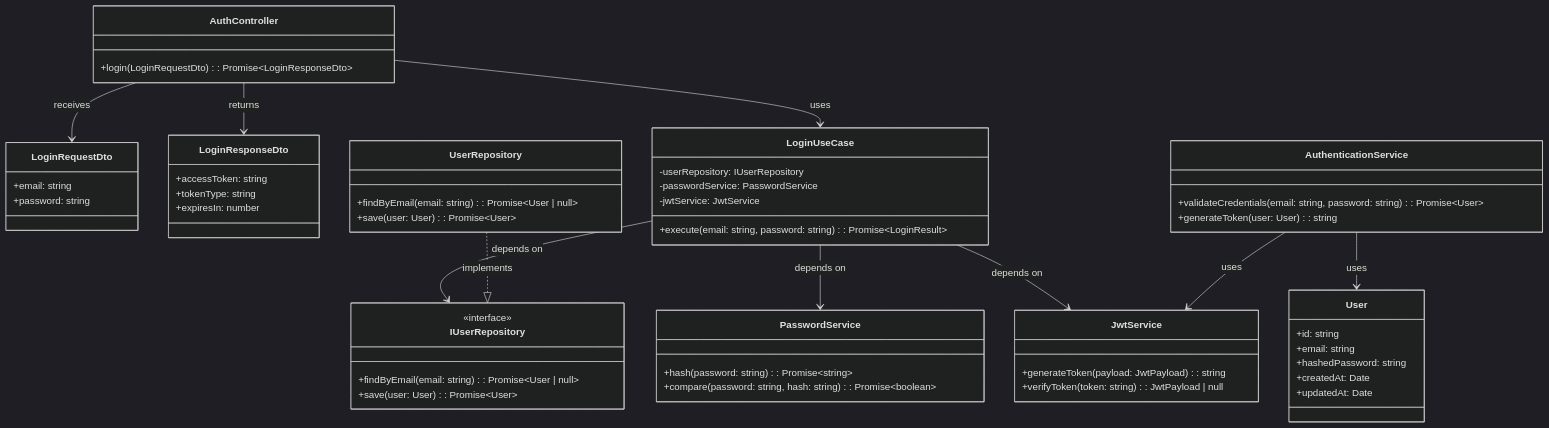
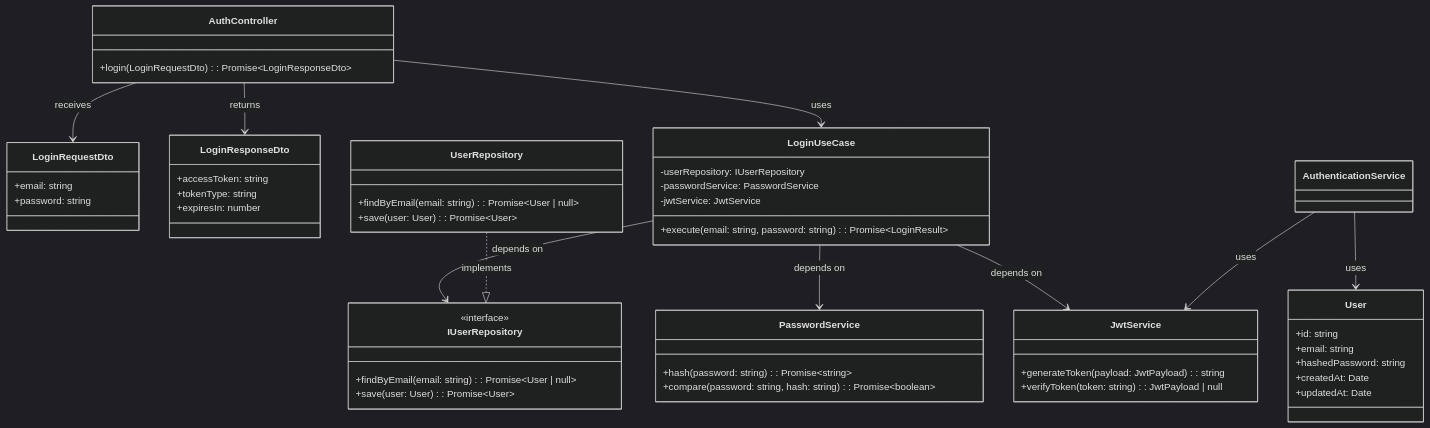
One commit to kencom2400/MrWebDefence-Console changed the diagram in docs/detailed-design/MWD-27_user-authentication/class-diagrams.md. Above: the diagram before and after it, drawn with Mermaid (dark theme). The commit also changed 14 other files, not shown here.

````diff
--- a/docs/detailed-design/MWD-27_user-authentication/class-diagrams.md
+++ b/docs/detailed-design/MWD-27_user-authentication/class-diagrams.md
@@ -9,76 +9,71 @@
 ```mermaid
 classDiagram
     %% Presentation Layer
     class AuthController {
         +login(LoginRequestDto): Promise~LoginResponseDto~
     }
     
     class LoginRequestDto {
         +email: string
         +password: string
     }
     
     class LoginResponseDto {
         +accessToken: string
         +tokenType: string
         +expiresIn: number
     }
     
     %% Application Layer
     class LoginUseCase {
         -userRepository: IUserRepository
         -passwordService: PasswordService
         -jwtService: JwtService
         +execute(email: string, password: string): Promise~LoginResult~
-    }
-    
-    class AuthenticationService {
-        +validateCredentials(email: string, password: string): Promise~User~
-        +generateToken(user: User): string
     }
     
     %% Domain Layer
     class User {
         +id: string
         +email: string
         +hashedPassword: string
         +createdAt: Date
         +updatedAt: Date
     }
     
     class IUserRepository {
         <<interface>>
         +findByEmail(email: string): Promise~User | null~
         +save(user: User): Promise~User~
     }
     
     %% Infrastructure Layer
     class UserRepository {
         +findByEmail(email: string): Promise~User | null~
         +save(user: User): Promise~User~
     }
     
     class JwtService {
         +generateToken(payload: JwtPayload): string
         +verifyToken(token: string): JwtPayload | null
     }
     
     class PasswordService {
         +hash(password: string): Promise~string~
         +compare(password: string, hash: string): Promise~boolean~
     }
     
     %% Relationships
     AuthController --> LoginUseCase : uses
     AuthController --> LoginRequestDto : receives
     AuthController --> LoginResponseDto : returns
     
     LoginUseCase --> IUserRepository : depends on
     LoginUseCase --> PasswordService : depends on
     LoginUseCase --> JwtService : depends on
     
     UserRepository ..|> IUserRepository : implements
     
     AuthenticationService --> User : uses
     AuthenticationService --> JwtService : uses
 ```
````
